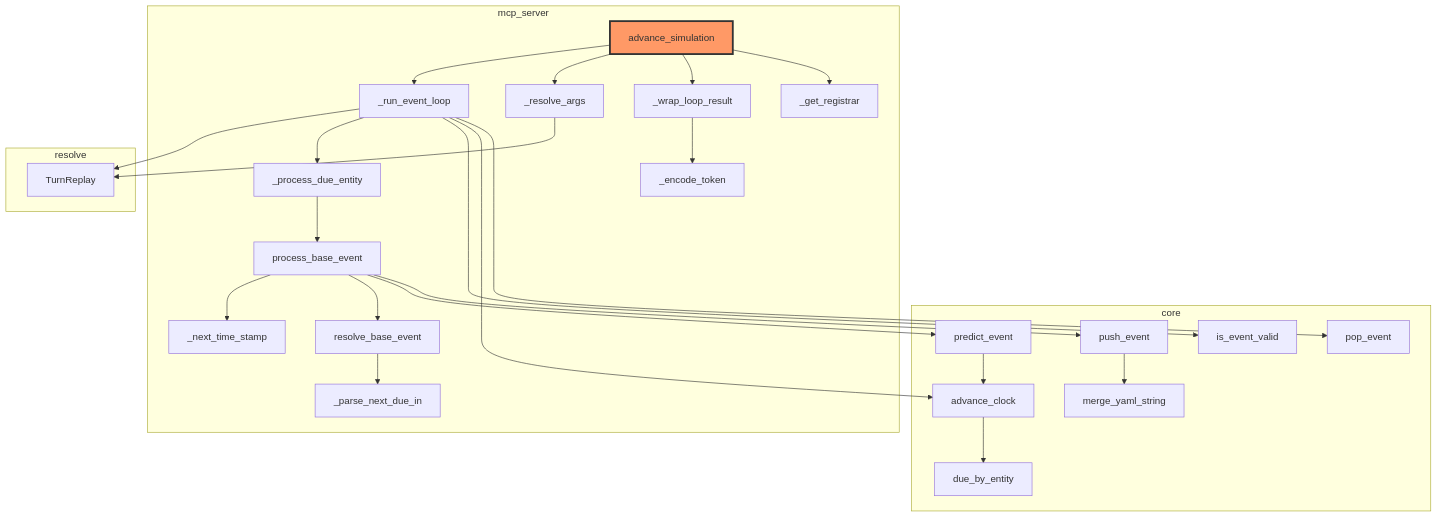
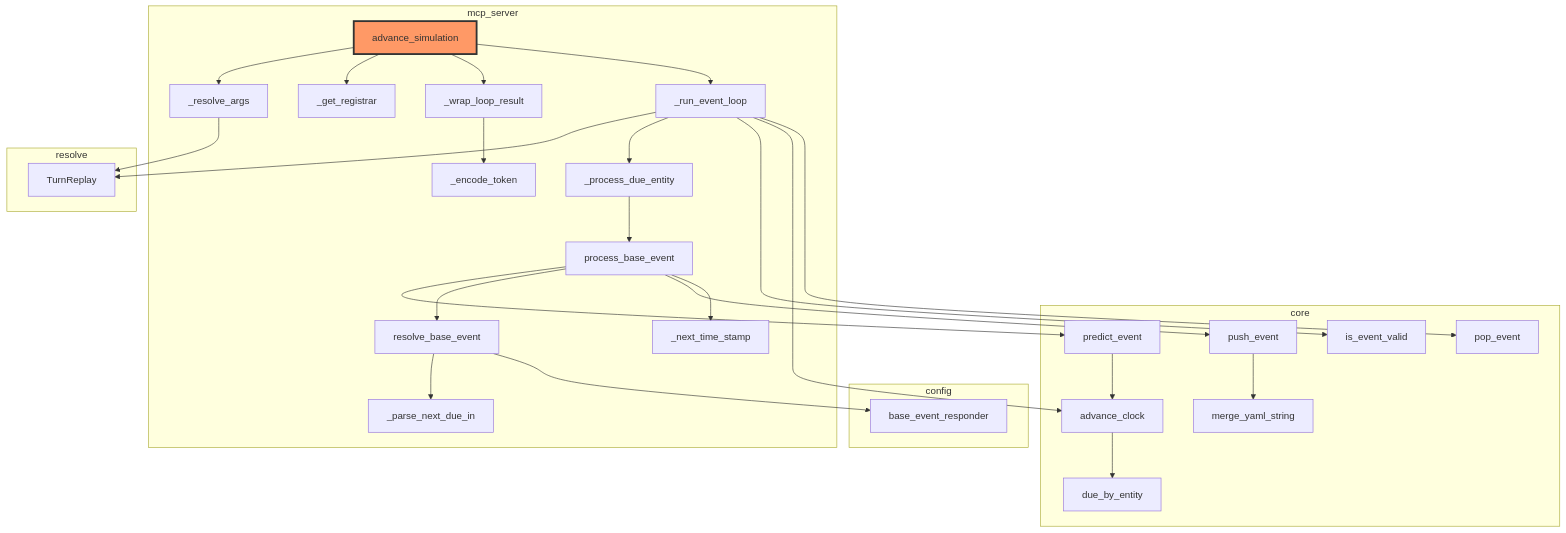
The first of 2 diagrams in docs/architecture/advance_simulation.md (zhafen/story-simulator), drawn with Mermaid before and after one commit. The commit also changed other lines of this file and 7 other files, not shown here.

````diff
--- a/docs/architecture/advance_simulation.md
+++ b/docs/architecture/advance_simulation.md
@@ -46,50 +46,54 @@
 ```mermaid
 flowchart TD
-    subgraph sg0["core"]
-        n7["is_event_valid"]
-        n8["advance_clock"]
-        n9["pop_event"]
+    subgraph sg0["config"]
+        n18["base_event_responder"]
+    end
+    subgraph sg1["core"]
+        n8["is_event_valid"]
+        n9["advance_clock"]
+        n10["pop_event"]
         n12["due_by_entity"]
-        n15["predict_event"]
-        n16["push_event"]
-        n18["merge_yaml_string"]
+        n13["predict_event"]
+        n15["push_event"]
+        n19["merge_yaml_string"]
     end
-    subgraph sg1["mcp_server"]
+    subgraph sg2["mcp_server"]
         n0["advance_simulation"]
-        n1["_run_event_loop"]
-        n2["_resolve_args"]
+        n1["_resolve_args"]
+        n2["_get_registrar"]
         n3["_wrap_loop_result"]
-        n4["_get_registrar"]
-        n6["_process_due_entity"]
-        n10["_encode_token"]
+        n4["_run_event_loop"]
+        n6["_encode_token"]
+        n7["_process_due_entity"]
         n11["process_base_event"]
-        n13["_next_time_stamp"]
         n14["resolve_base_event"]
+        n16["_next_time_stamp"]
         n17["_parse_next_due_in"]
     end
-    subgraph sg2["resolve"]
+    subgraph sg3["resolve"]
         n5["TurnReplay"]
     end
     n0 --> n1
     n0 --> n2
     n0 --> n3
     n0 --> n4
     n1 --> n5
-    n1 --> n6
-    n1 --> n7
-    n1 --> n8
-    n1 --> n9
-    n2 --> n5
-    n3 --> n10
-    n6 --> n11
-    n8 --> n12
+    n3 --> n6
+    n4 --> n5
+    n4 --> n7
+    n4 --> n8
+    n4 --> n9
+    n4 --> n10
+    n7 --> n11
+    n9 --> n12
     n11 --> n13
     n11 --> n14
     n11 --> n15
     n11 --> n16
+    n13 --> n9
     n14 --> n17
-    n15 --> n8
-    n16 --> n18
+    n14 --> n18
+    n15 --> n19
     class n0 rootNode
     classDef rootNode fill:#f96,stroke:#333,stroke-width:3px
 ```
````
